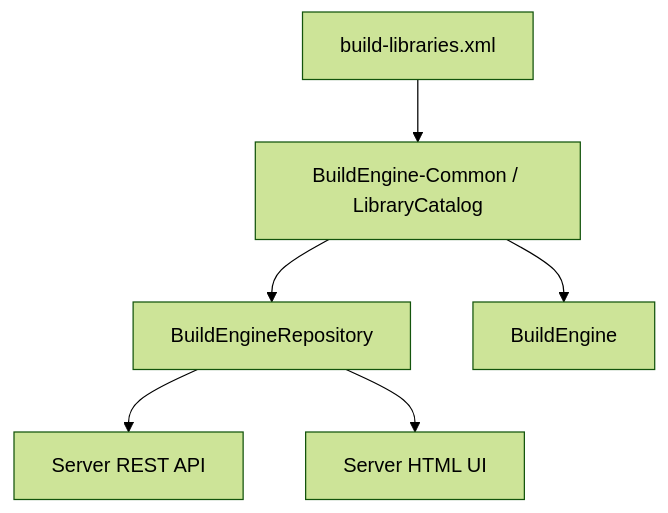
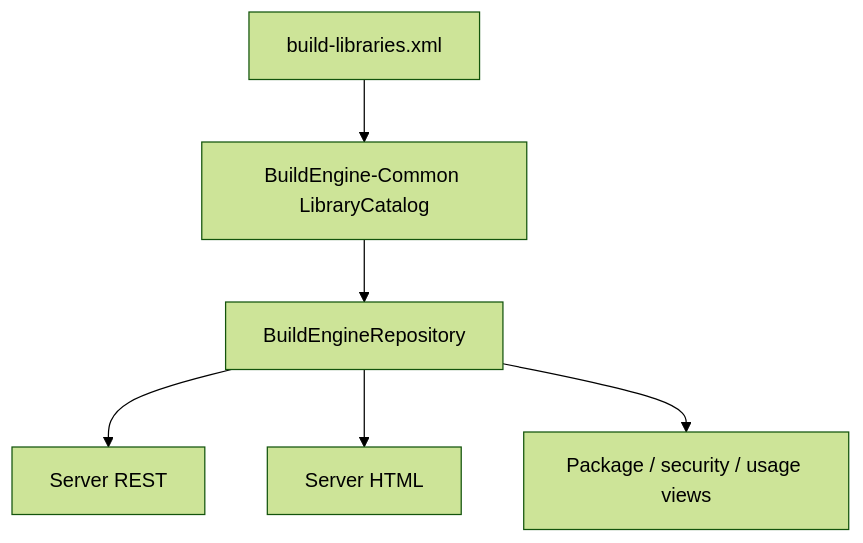
The ninth of 10 diagrams in admin/server-docs/library-extensions.md (adeccscholar/BuildEngine-Admin), drawn with Mermaid (forest theme) before and after one commit. The commit also changed other lines of this file, not shown here.

````diff
--- a/admin/server-docs/library-extensions.md
+++ b/admin/server-docs/library-extensions.md
@@ -328,8 +323,8 @@
 ```mermaid
 flowchart TD
-    XML[build-libraries.xml] --> C[BuildEngine-Common / LibraryCatalog]
+    XML[build-libraries.xml] --> C[BuildEngine-Common LibraryCatalog]
     C --> R[BuildEngineRepository]
-    R --> API[Server REST API]
-    R --> UI[Server HTML UI]
-    C --> BE[BuildEngine]
+    R --> API[Server REST]
+    R --> UI[Server HTML]
+    R --> SEC[Package / security / usage views]
 ```
````
